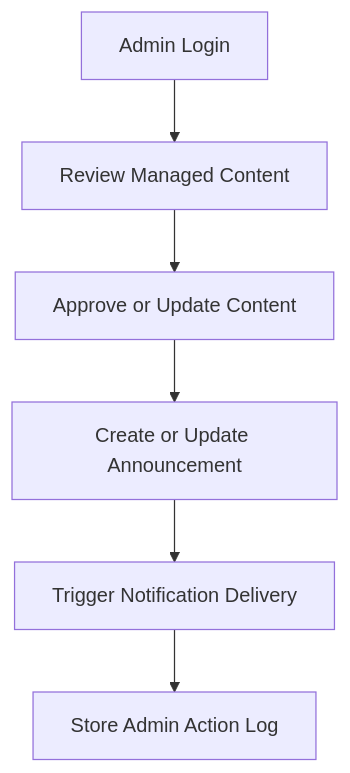
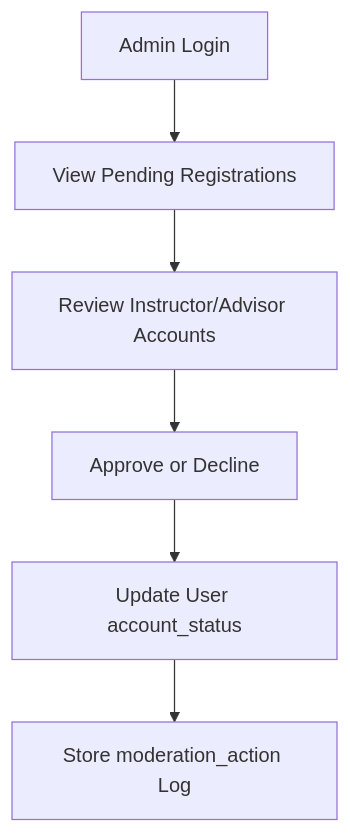
One commit to wingkit123/QuestLearn changed the sixth of 15 diagrams in part-i/Use-Cases.md. Above: the diagram before and after it, drawn with Mermaid. The commit also changed other lines of this file and 2 other files, not shown here.

Commit message:
docs: holistic consistency audit updates for Admin, Advisor, and Instructor actors

````diff
--- a/part-i/Use-Cases.md
+++ b/part-i/Use-Cases.md
@@ -402,8 +402,8 @@
 ```mermaid
 flowchart TD
-    A[Admin Login] --> B[Review Managed Content]
-    B --> C[Approve or Update Content]
-    C --> D[Create or Update Announcement]
-    D --> E[Trigger Notification Delivery]
-    E --> F[Store Admin Action Log]
+    A[Admin Login] --> B[View Pending Registrations]
+    B --> C[Review Instructor/Advisor Accounts]
+    C --> D[Approve or Decline]
+    D --> E[Update User account_status]
+    E --> F[Store moderation_action Log]
 ```
````
